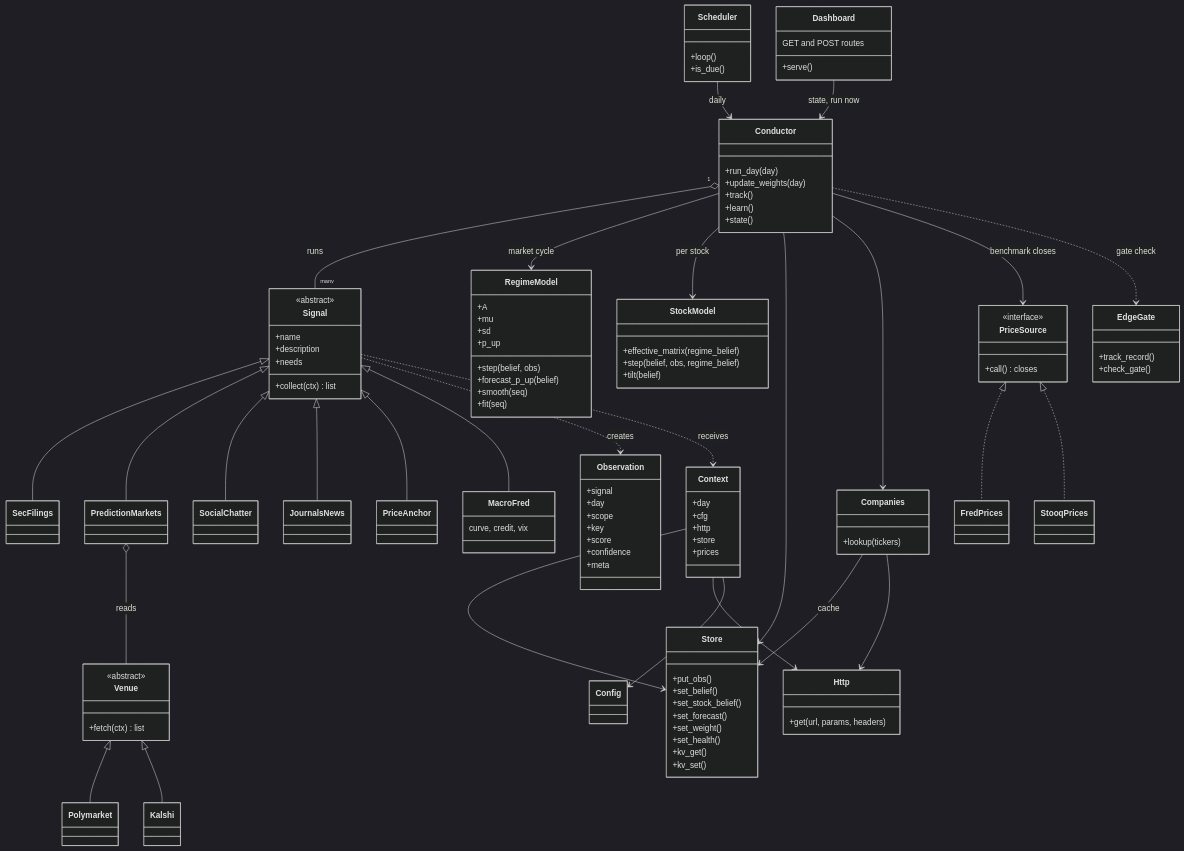
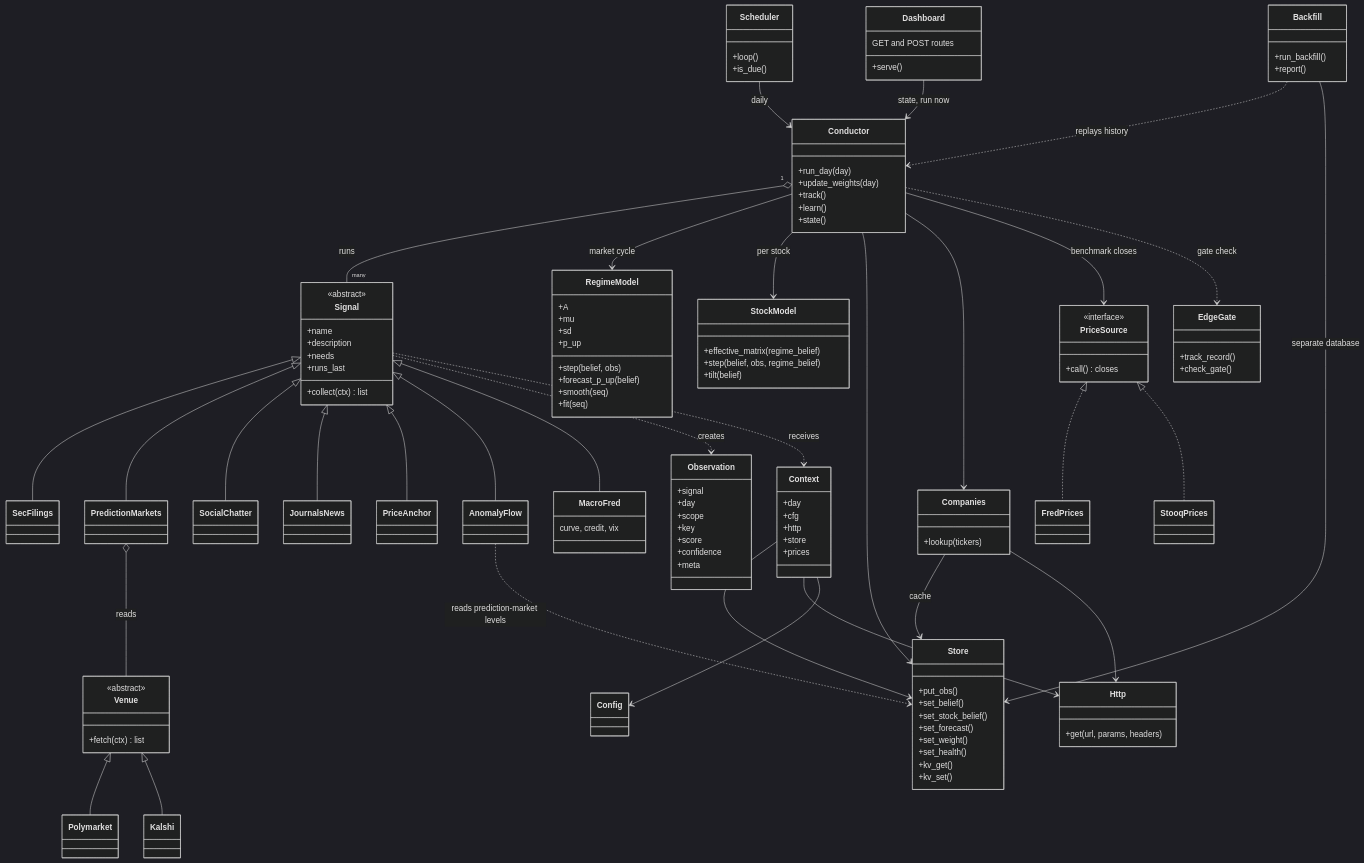
Before and after one commit to jrdpaulino/market-signal-conductor: the first of 3 diagrams in docs/ARCHITECTURE.md, drawn with Mermaid (dark theme). The commit also changed other lines of this file and 8 other files, not shown here.

First line of the commit message:
Tidy screenshots into docs/img, add signal overlap report, update architecture doc

````diff
--- a/docs/ARCHITECTURE.md
+++ b/docs/ARCHITECTURE.md
@@ -50,6 +51,7 @@
   +name
   +description
   +needs
+  +runs_last
   +collect(ctx) list
 }
 class SecFilings
@@ -57,6 +59,7 @@
 class SocialChatter
 class JournalsNews
 class PriceAnchor
+class AnomalyFlow
 class MacroFred {
   curve, credit, vix
 }
@@ -119,6 +122,10 @@
   +loop()
   +is_due()
 }
+class Backfill {
+  +run_backfill()
+  +report()
+}
 class Dashboard {
   +serve()
   GET and POST routes
@@ -128,6 +135,7 @@
 Signal <|-- SocialChatter
 Signal <|-- JournalsNews
 Signal <|-- PriceAnchor
+Signal <|-- AnomalyFlow
 Signal <|-- MacroFred
 Venue <|-- Polymarket
 Venue <|-- Kalshi
@@ -150,4 +158,7 @@
 Companies --> Http
 Scheduler --> Conductor : daily
 Dashboard --> Conductor : state, run now
+Backfill ..> Conductor : replays history
+Backfill --> Store : separate database
+AnomalyFlow ..> Store : reads prediction-market levels
 ```
````
